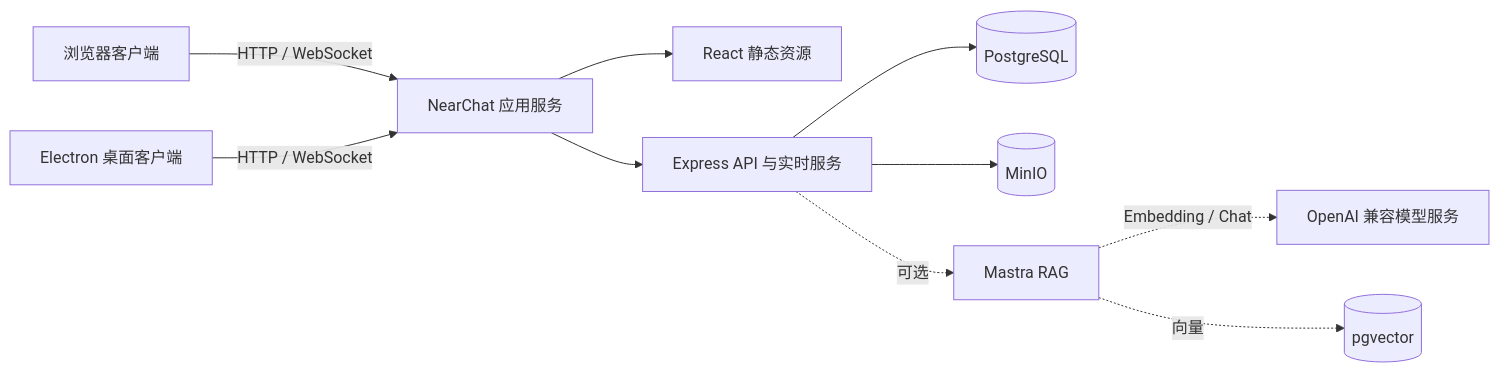
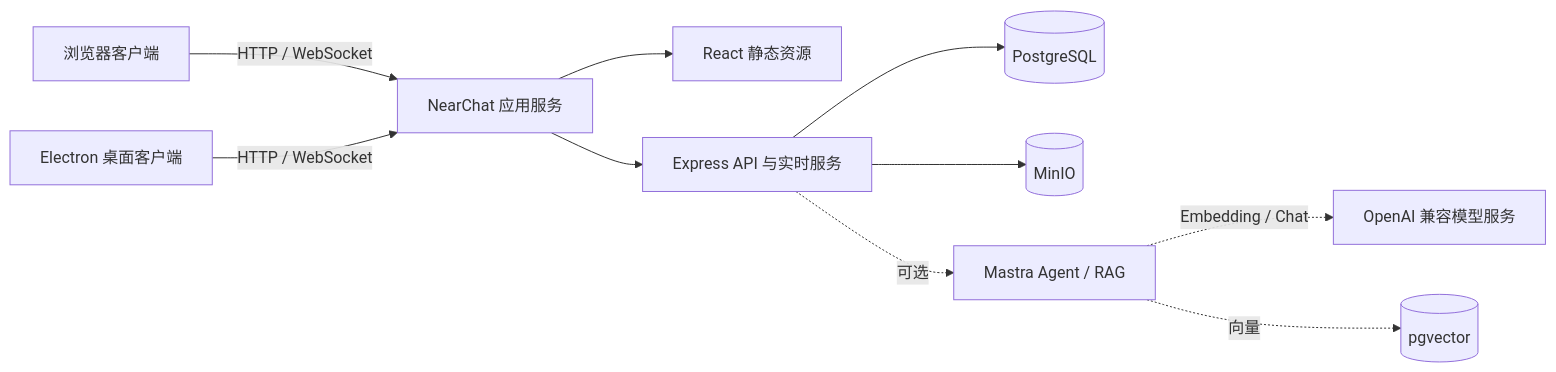
One commit to fukang0611/near-chat changed the diagram in README.md. Above: the diagram before and after it, drawn with Mermaid. The commit also changed other lines of this file and 19 other files, not shown here.

````diff
--- a/README.md
+++ b/README.md
@@ -64,12 +65,12 @@
 ```mermaid
 flowchart LR
     Browser["浏览器客户端"] -->|HTTP / WebSocket| App["NearChat 应用服务"]
     Desktop["Electron 桌面客户端"] -->|HTTP / WebSocket| App
     App --> Web["React 静态资源"]
     App --> API["Express API 与实时服务"]
     API --> PG[(PostgreSQL)]
     API --> MinIO[(MinIO)]
-    API -. 可选 .-> Mastra[Mastra RAG]
+    API -. 可选 .-> Mastra[Mastra Agent / RAG]
     Mastra -. Embedding / Chat .-> LLM[OpenAI 兼容模型服务]
     Mastra -. 向量 .-> PGVector[(pgvector)]
 ```
````
